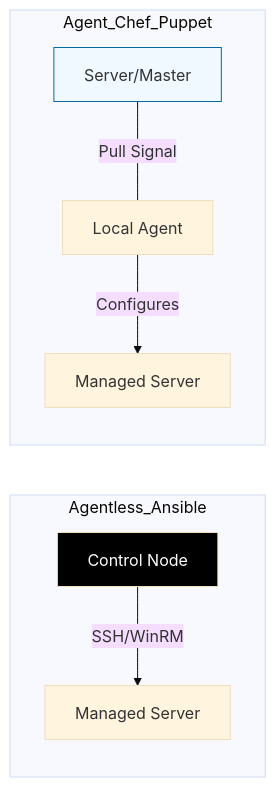
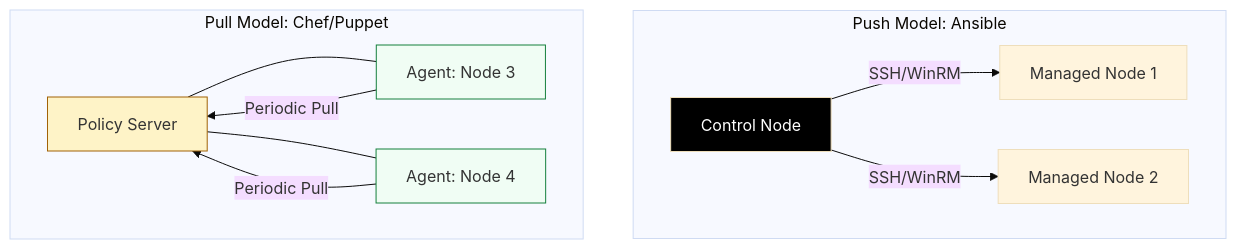
Before and after one commit to Ganil151/Devops: the diagram in 2-Intermediate/02-Phase-2/01-Infrastructure-Automation/02-Config-Management/03-Server-Configuration/README.md, drawn with Mermaid (base theme). The commit also changed other lines of this file and 281 other files, not shown here.

````diff
--- a/2-Intermediate/02-Phase-2/01-Infrastructure-Automation/02-Config-Management/03-Server-Configuration/README.md
+++ b/2-Intermediate/02-Phase-2/01-Infrastructure-Automation/02-Config-Management/03-Server-Configuration/README.md
@@ -13,14 +13,19 @@
 ```mermaid
-graph LR
-    subgraph Agentless_Ansible
-        A_Master[Control Node] -->|SSH/WinRM| A_Node[Managed Server]
+graph TD
+    subgraph Push_Model[Push Model: Ansible]
+        A[Control Node] -- SSH/WinRM --> B[Managed Node 1]
+        A -- SSH/WinRM --> C[Managed Node 2]
     end
     
-    subgraph Agent_Chef_Puppet
-        P_Master[Server/Master] ---|Pull Signal| P_Agent[Local Agent]
-        P_Agent -->|Configures| P_Server[Managed Server]
+    subgraph Pull_Model[Pull Model: Chef/Puppet]
+        D[Policy Server] --- E[Agent: Node 3]
+        D --- F[Agent: Node 4]
+        E -- Periodic Pull --> D
+        F -- Periodic Pull --> D
     end
     
-    style A_Master fill:#000,color:#fff
-    style P_Master fill:#f0f9ff,stroke:#0369a1
+    style A fill:#000,color:#fff
+    style D fill:#fef3c7,stroke:#a16207
+    style E fill:#f0fdf4,stroke:#15803d
+    style F fill:#f0fdf4,stroke:#15803d
 ```
````
